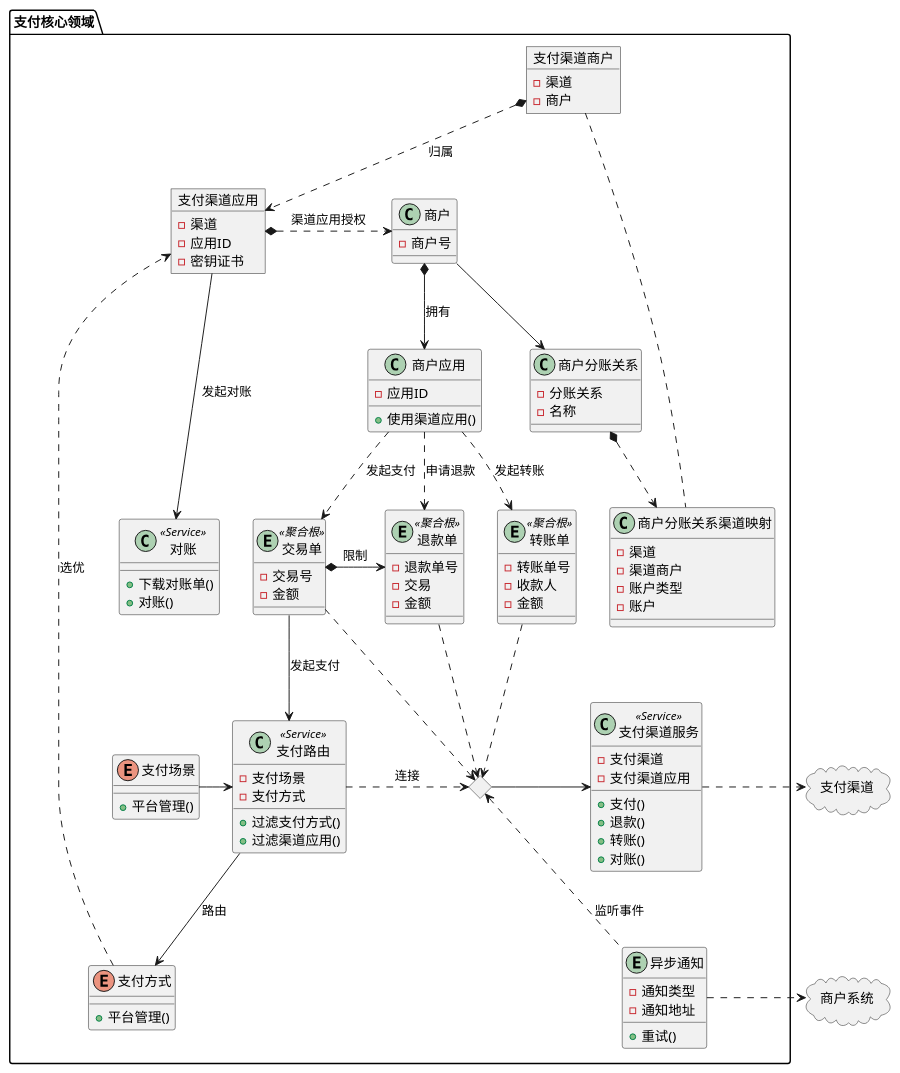
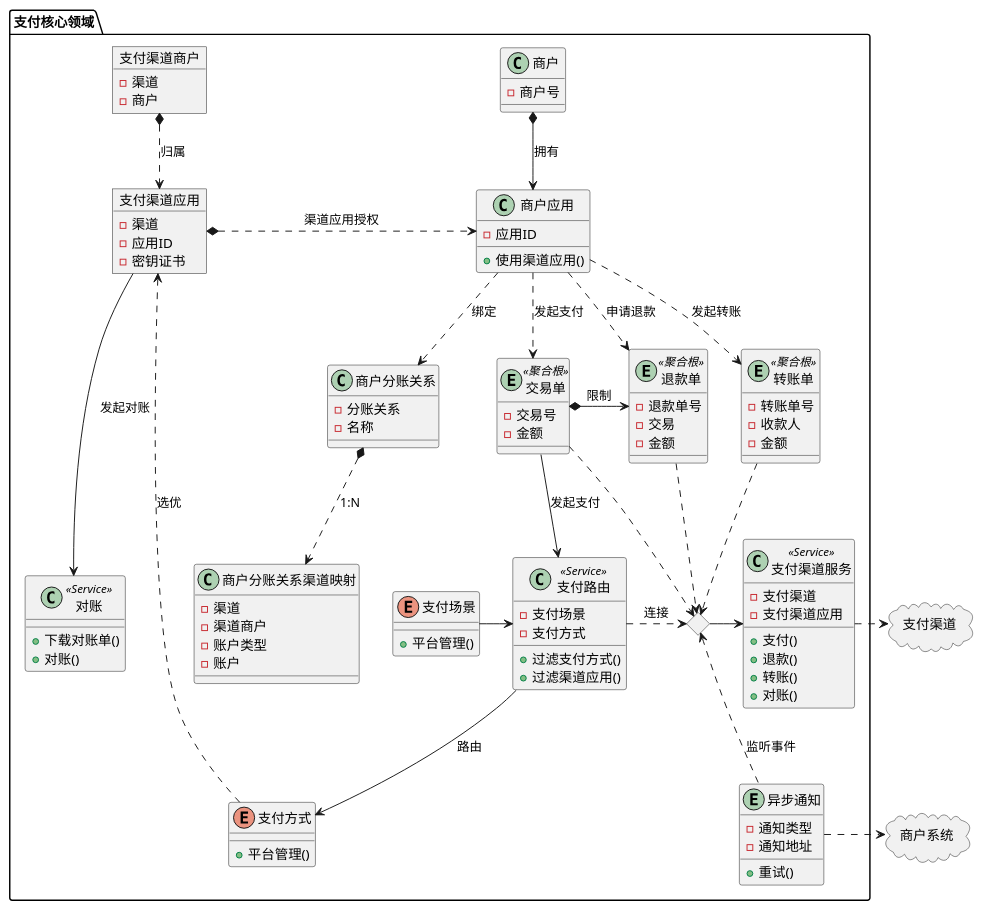
Before and after one commit to red-jasmine/docs: the second of 2 diagrams in docs/payments/index.md, drawn with PlantUML.

Commit message:
feat(payment): 重构商户应用和结算收款人相关功能
- 修改商户应用和结算收款人的数据结构和关系
- 更新数据库迁移文件以适应新的数据结构
-重构相关服务类和命令处理类
- 更新单元测试以覆盖新的业务逻辑

```diff
--- a/docs/payments/index.md
+++ b/docs/payments/index.md
@@ -110,11 +110,11 @@
 - 账户类型
 - 账户
 }
-商户 --> 商户分账关系
-商户分账关系 *..> 商户分账关系渠道映射
-支付渠道应用 *.> 商户: 渠道应用授权
+商户应用 ..> 商户分账关系:绑定
+商户分账关系 *..> 商户分账关系渠道映射: 1:N
+支付渠道应用 *.> 商户应用: 渠道应用授权
 
-支付渠道商户 .. 商户分账关系渠道映射
+
 
 商户 *-->  商户应用:拥有
 
```
